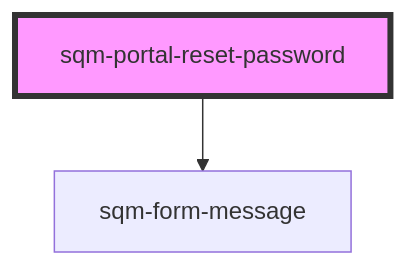
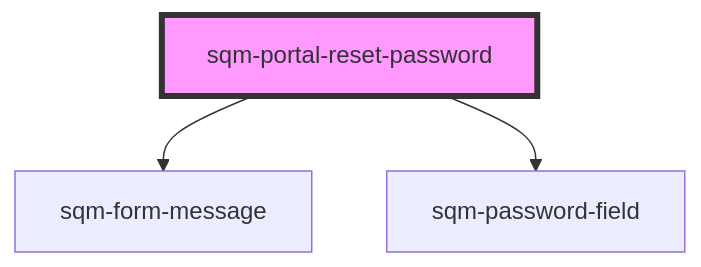
Before and after one commit to saasquatch/program-tools: the diagram in packages/mint-components/src/components/sqm-portal-reset-password/readme.md, drawn with Mermaid. The commit also changed other lines of this file and 18 other files, not shown here.

````diff
--- a/packages/mint-components/src/components/sqm-portal-reset-password/readme.md
+++ b/packages/mint-components/src/components/sqm-portal-reset-password/readme.md
@@ -24,5 +25,6 @@
 ```mermaid
 graph TD;
   sqm-portal-reset-password --> sqm-form-message
+  sqm-portal-reset-password --> sqm-password-field
   style sqm-portal-reset-password fill:#f9f,stroke:#333,stroke-width:4px
 ```
````
